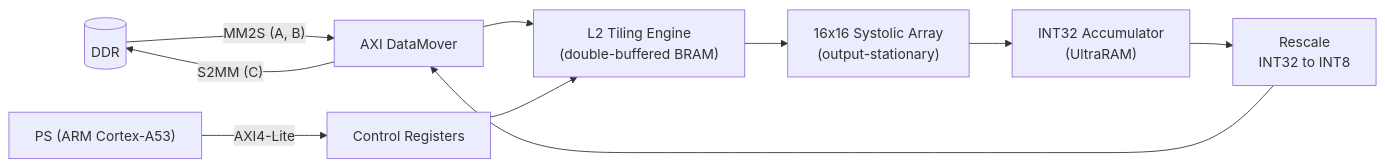
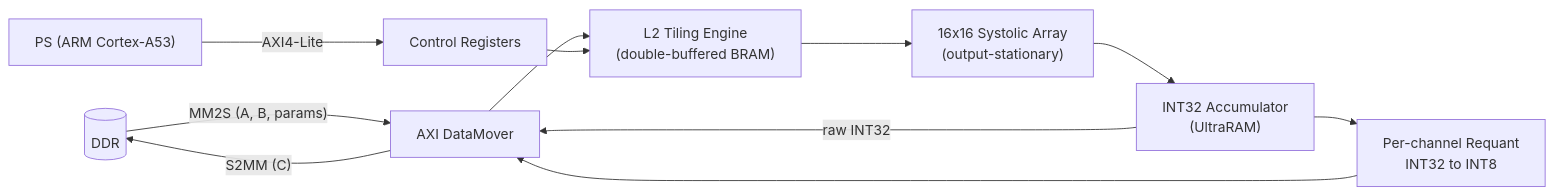
One commit to VuDaiDuong-325/int8-matmul-accelerator changed the diagram in README.md. Above: the diagram before and after it, drawn with Mermaid. The commit also changed other lines of this file, not shown here.

````diff
--- a/README.md
+++ b/README.md
@@ -11,12 +9,13 @@
 ```mermaid
 flowchart LR
-    DDR[(DDR)] -- "MM2S (A, B)" --> DM[AXI DataMover]
+    DDR[(DDR)] -- "MM2S (A, B, params)" --> DM[AXI DataMover]
     DM --> AGU["L2 Tiling Engine<br/>(double-buffered BRAM)"]
     AGU --> CORE["16x16 Systolic Array<br/>(output-stationary)"]
     CORE --> ACC["INT32 Accumulator<br/>(UltraRAM)"]
-    ACC --> RS["Rescale<br/>INT32 to INT8"]
+    ACC --> RS["Per-channel Requant<br/>INT32 to INT8"]
     RS --> DM
+    ACC -- "raw INT32" --> DM
     DM -- "S2MM (C)" --> DDR
     PS["PS (ARM Cortex-A53)"] -- "AXI4-Lite" --> REG[Control Registers]
     REG --> AGU
 ```
````
